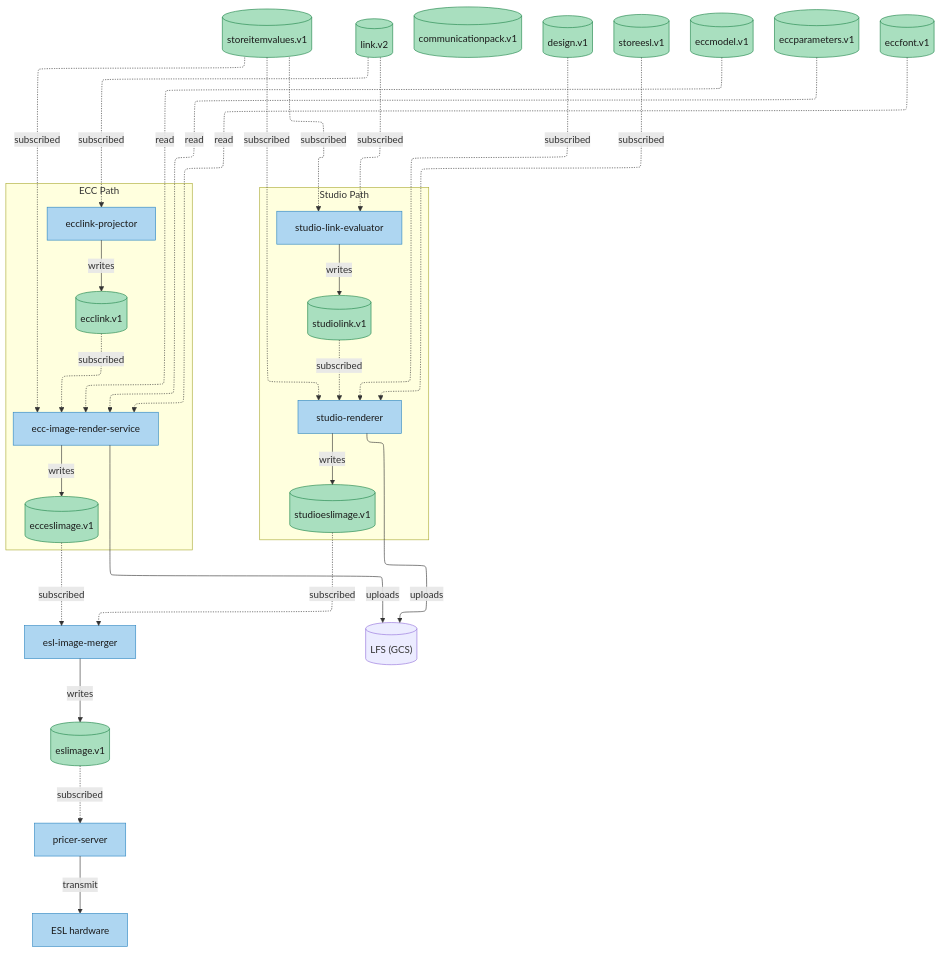
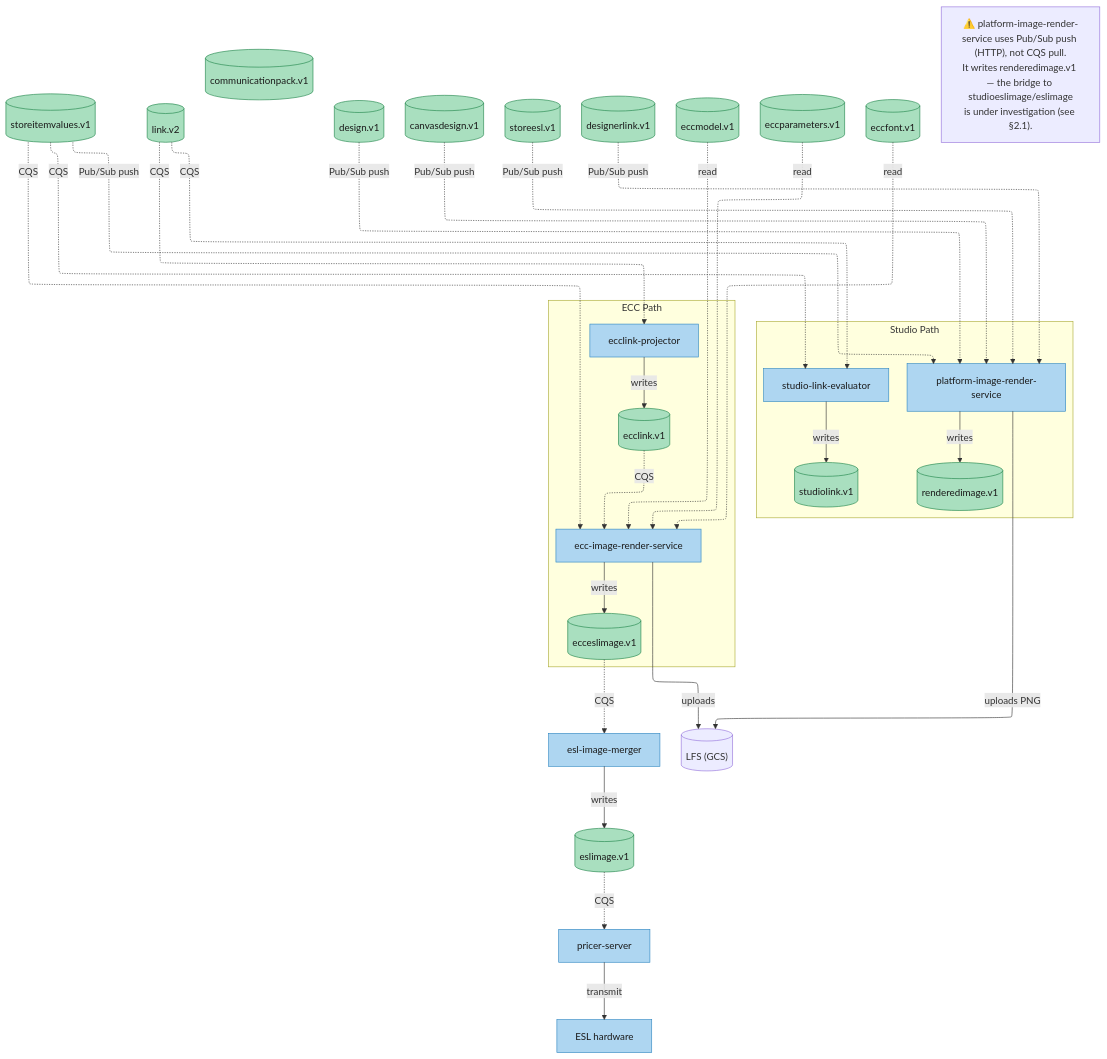
Before and after one commit to cristiandeaconeasa-dev/Replatforming-docs: the first of 3 diagrams in 12-rendering-pipeline-deep-dive.md, drawn with Mermaid. The commit also changed other lines of this file and 11 other files, not shown here.

````diff
--- a/12-rendering-pipeline-deep-dive.md
+++ b/12-rendering-pipeline-deep-dive.md
@@ -11,65 +11,69 @@
 ```mermaid
 ---
 config:
     layout: elk
 ---
 flowchart TB
     SIV[("storeitemvalues.v1")]
     LV2[("link.v2")]
     CP[("communicationpack.v1")]
     DSN[("design.v1")]
+    CDS[("canvasdesign.v1")]
     SESL[("storeesl.v1")]
+    DL[("designerlink.v1")]
     ECM[("eccmodel.v1")]
     ECP[("eccparameters.v1")]
     ECF[("eccfont.v1")]
 
     subgraph Studio["Studio Path"]
         SLE[studio-link-evaluator]
         STL[("studiolink.v1")]
-        SR[studio-renderer]
-        SEI[("studioeslimage.v1")]
+        SR[platform-image-render-service]
+        RDI[("renderedimage.v1")]
     end
 
     subgraph ECC["ECC Path"]
         ELP[ecclink-projector]
         ECL[("ecclink.v1")]
         ECCR[ecc-image-render-service]
         EEI[("ecceslimage.v1")]
     end
 
     EIM[esl-image-merger]
     ESI[("eslimage.v1")]
     LFS[("LFS (GCS)")]
     PS[pricer-server]
     ESL[ESL hardware]
 
-    SIV -.->|subscribed| SLE
-    SIV -.->|subscribed| SR
-    SIV -.->|subscribed| ECCR
-    LV2 -.->|subscribed| SLE
-    LV2 -.->|subscribed| ELP
-    STL -.->|subscribed| SR
-    DSN -.->|subscribed| SR
-    SESL -.->|subscribed| SR
-    ECL -.->|subscribed| ECCR
+    SIV -.->|CQS| SLE
+    LV2 -.->|CQS| SLE
+    LV2 -.->|CQS| ELP
+    SIV -.->|Pub/Sub push| SR
+    DSN -.->|Pub/Sub push| SR
+    CDS -.->|Pub/Sub push| SR
+    SESL -.->|Pub/Sub push| SR
+    DL -.->|Pub/Sub push| SR
+    SIV -.->|CQS| ECCR
+    ECL -.->|CQS| ECCR
     ECM -.->|read| ECCR
     ECP -.->|read| ECCR
     ECF -.->|read| ECCR
-    SEI -.->|subscribed| EIM
-    EEI -.->|subscribed| EIM
-    ESI -.->|subscribed| PS
+    EEI -.->|CQS| EIM
+    ESI -.->|CQS| PS
     
     SLE -->|writes| STL
-    SR -->|writes| SEI
-    SR -->|uploads| LFS
+    SR -->|writes| RDI
+    SR -->|uploads PNG| LFS
     ELP -->|writes| ECL
     ECCR -->|writes| EEI
     ECCR -->|uploads| LFS
     EIM -->|writes| ESI
     PS -->|transmit| ESL
 
+    Note["⚠️ platform-image-render-service uses Pub/Sub push (HTTP), not CQS pull.<br/>It writes renderedimage.v1 — the bridge to studioeslimage/eslimage<br/>is under investigation (see §2.1)."]
+
     classDef svc fill:#AED6F1,stroke:#2E86C1,color:#1a1a1a
     classDef dto fill:#A9DFBF,stroke:#1E8449,color:#1a1a1a
     class SLE,SR,ELP,ECCR,EIM,PS,ESL svc
-    class SIV,LV2,CP,DSN,SESL,STL,SEI,ECL,ECM,ECP,ECF,EEI,ESI dto
+    class SIV,LV2,CP,DSN,CDS,SESL,DL,STL,RDI,ECL,ECM,ECP,ECF,EEI,ESI dto
 ```
````
